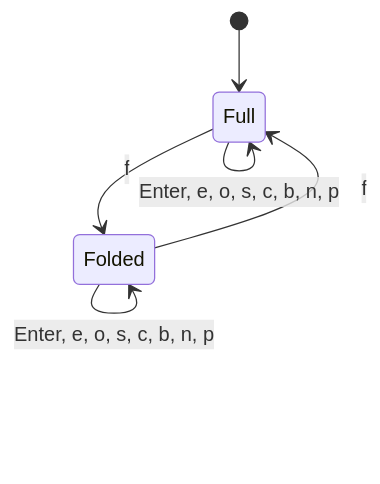
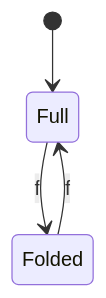
One commit to lambdasistemi/tutorial-stepper changed the second of 4 diagrams in docs/terminal.md. Above: the diagram before and after it, drawn with Mermaid. The commit also changed 8 other files, not shown here.

````diff
--- a/docs/terminal.md
+++ b/docs/terminal.md
@@ -42,8 +42,6 @@
 ```mermaid
 stateDiagram-v2
   [*] --> Full
   Full --> Folded: f
   Folded --> Full: f
-  Folded --> Folded: Enter, e, o, s, c, b, n, p
-  Full --> Full: Enter, e, o, s, c, b, n, p
 ```
````
